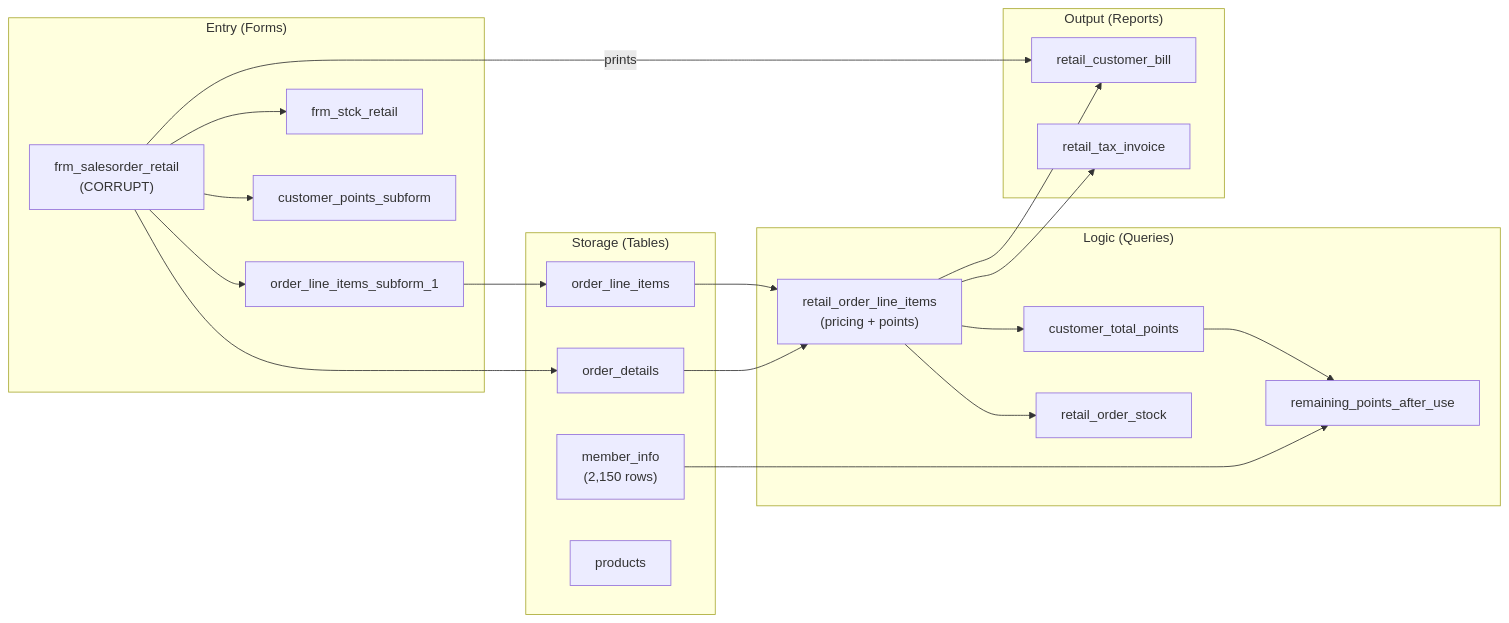
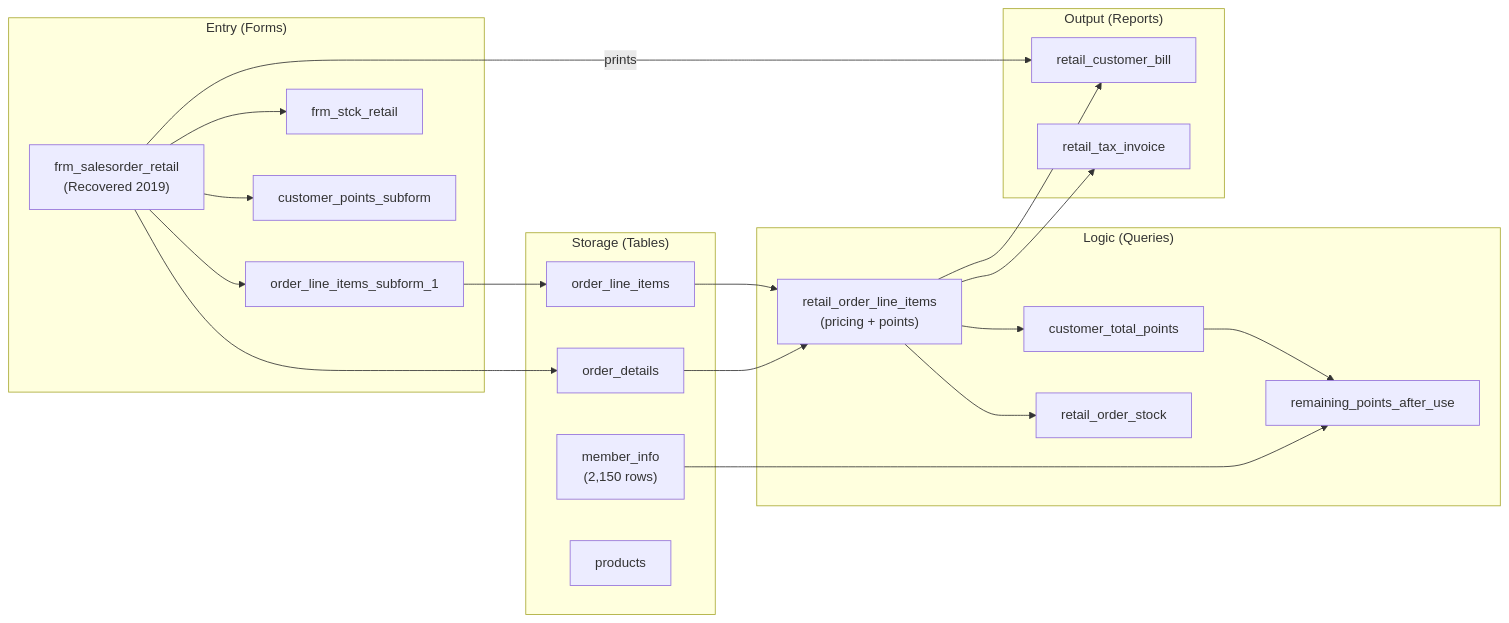
One commit to jfxberns/epic-db changed the seventh of 14 diagrams in docs/BLUEPRINT.md. Above: the diagram before and after it, drawn with Mermaid. The commit also changed other lines of this file and 130 other files, not shown here.

````diff
--- a/docs/BLUEPRINT.md
+++ b/docs/BLUEPRINT.md
@@ -1539,43 +1570,43 @@
 ```mermaid
 flowchart LR
     subgraph Entry["Entry (Forms)"]
-        F1["frm_salesorder_retail\n(CORRUPT)"]
+        F1["frm_salesorder_retail\n(Recovered 2019)"]
         F1a["order_line_items_subform_1"]
         F1b["frm_stck_retail"]
         F1c["customer_points_subform"]
         F1 --> F1a
         F1 --> F1b
         F1 --> F1c
     end
 
     subgraph Storage["Storage (Tables)"]
         T1["order_details"]
         T2["order_line_items"]
         T3["member_info\n(2,150 rows)"]
         T4["products"]
     end
 
     subgraph Logic["Logic (Queries)"]
         Q1["retail_order_line_items\n(pricing + points)"]
         Q2["customer_total_points"]
         Q3["remaining_points_after_use"]
         Q4["retail_order_stock"]
     end
 
     subgraph Output["Output (Reports)"]
         R1["retail_customer_bill"]
         R2["retail_tax_invoice"]
     end
 
     F1 --> T1
     F1a --> T2
     T1 --> Q1
     T2 --> Q1
     T3 --> Q3
     Q1 --> Q2
     Q2 --> Q3
     Q1 --> Q4
     Q1 --> R1
     Q1 --> R2
     F1 -->|"prints"| R1
 ```
````
